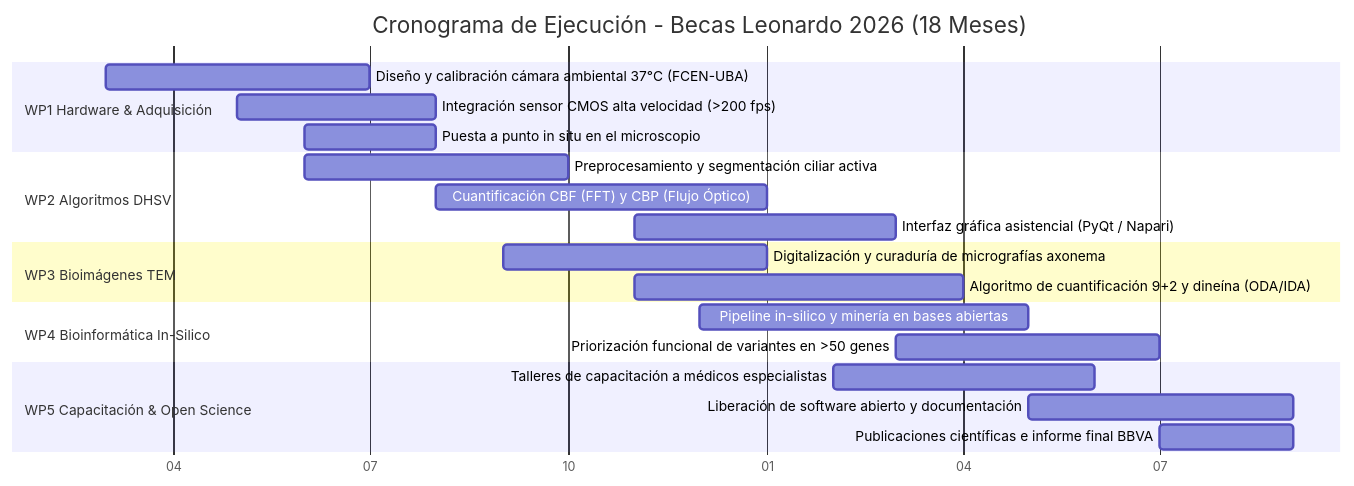
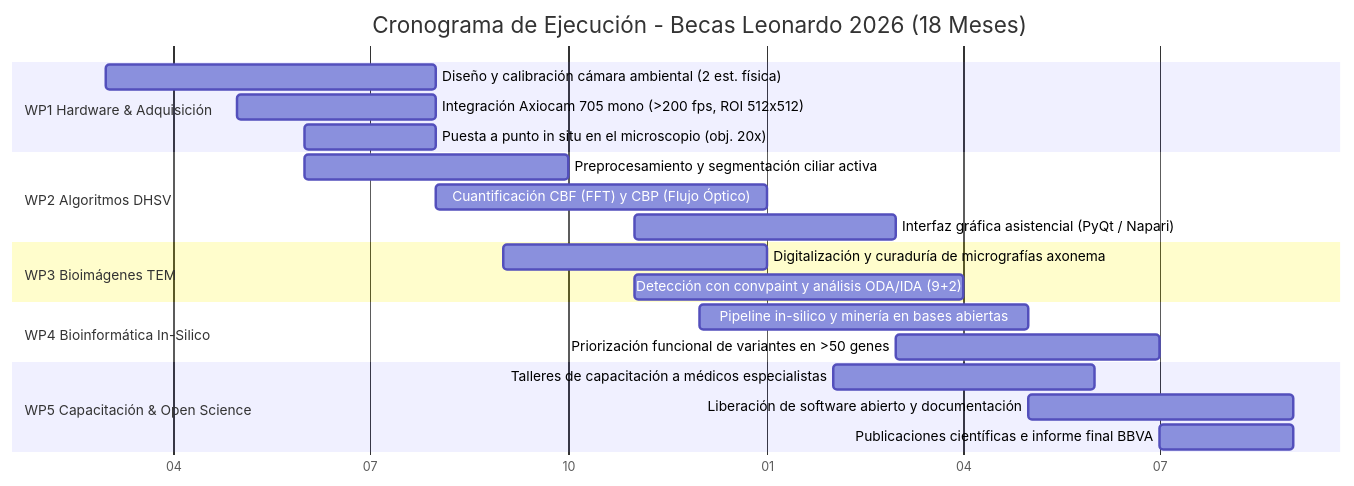
One commit to acorbat/leonardo changed the diagram in MEMORIA_TECNICA.md. Above: the diagram before and after it, drawn with Mermaid. The commit also changed other lines of this file and 2 other files, not shown here.

````diff
--- a/MEMORIA_TECNICA.md
+++ b/MEMORIA_TECNICA.md
@@ -85,24 +85,24 @@
 ```mermaid
 gantt
     title Cronograma de Ejecución - Becas Leonardo 2026 (18 Meses)
     dateFormat  YYYY-MM
     axisFormat  %m
     section WP1 Hardware & Adquisición
-    Diseño y calibración cámara ambiental 37°C (FCEN-UBA): 2027-03, 4M
-    Integración sensor CMOS alta velocidad (>200 fps)  : 2027-05, 3M
-    Puesta a punto in situ en el microscopio            : 2027-06, 2M
+    Diseño y calibración cámara ambiental (2 est. física): 2027-03, 5M
+    Integración Axiocam 705 mono (>200 fps, ROI 512x512) : 2027-05, 3M
+    Puesta a punto in situ en el microscopio (obj. 20x)   : 2027-06, 2M
     section WP2 Algoritmos DHSV
     Preprocesamiento y segmentación ciliar activa       : 2027-06, 4M
     Cuantificación CBF (FFT) y CBP (Flujo Óptico)      : 2027-08, 5M
     Interfaz gráfica asistencial (PyQt / Napari)        : 2027-11, 4M
     section WP3 Bioimágenes TEM
     Digitalización y curaduría de micrografías axonema  : 2027-09, 4M
-    Algoritmo de cuantificación 9+2 y dineína (ODA/IDA) : 2027-11, 5M
+    Detección con convpaint y análisis ODA/IDA (9+2)    : 2027-11, 5M
     section WP4 Bioinformática In-Silico
     Pipeline in-silico y minería en bases abiertas     : 2027-12, 5M
     Priorización funcional de variantes en >50 genes    : 2028-03, 4M
     section WP5 Capacitación & Open Science
     Talleres de capacitación a médicos especialistas    : 2028-02, 4M
     Liberación de software abierto y documentación      : 2028-05, 4M
     Publicaciones científicas e informe final BBVA      : 2028-07, 2M
 ```
````
